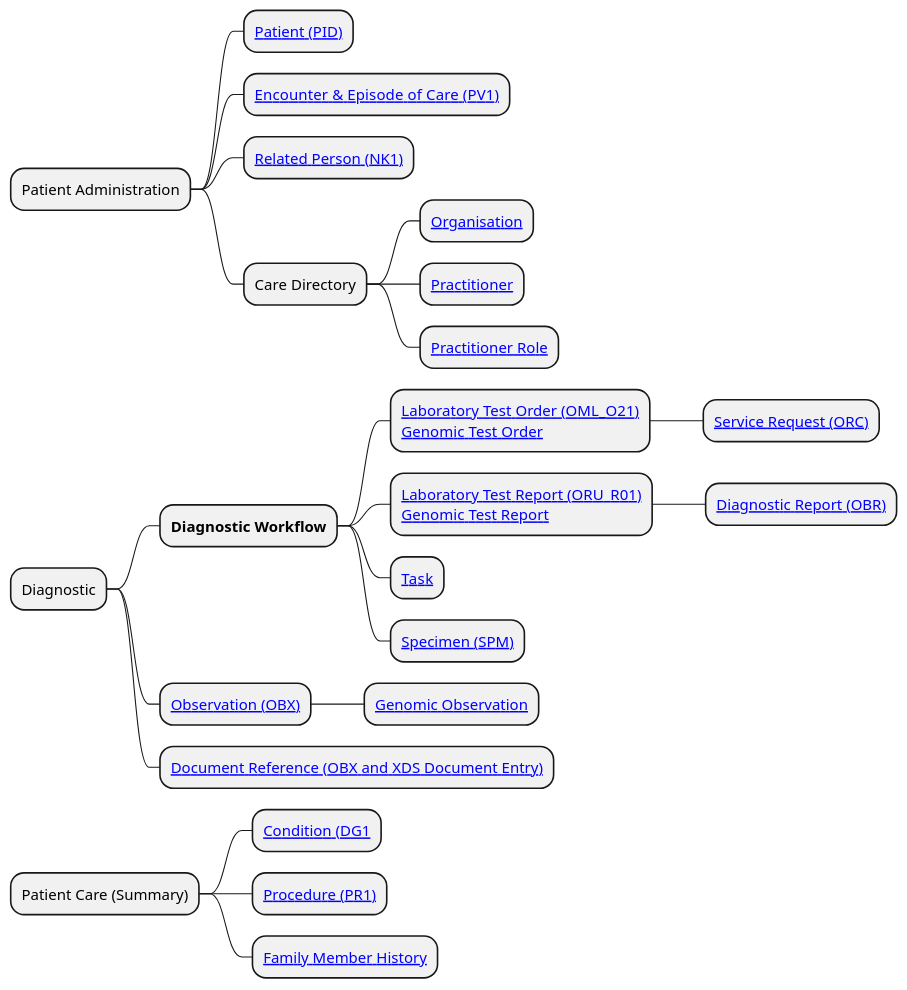
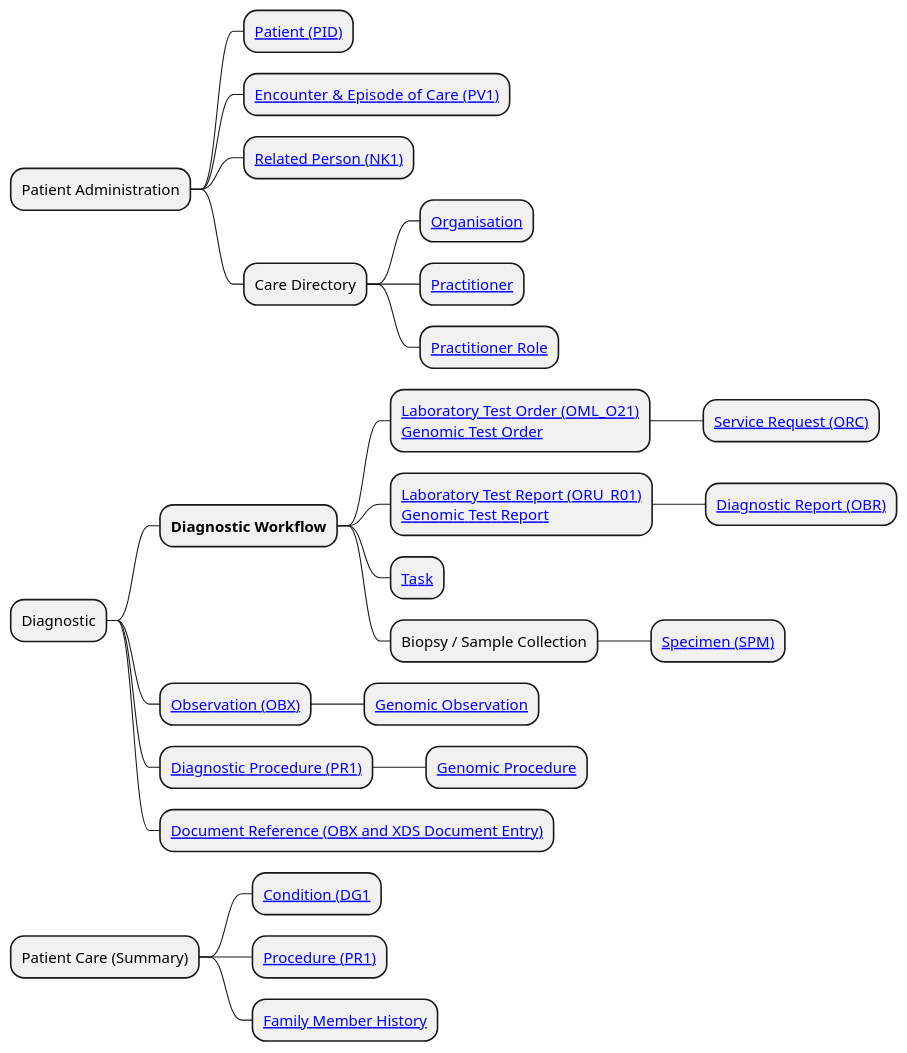
Before and after one commit to uk-gov-mirror/nw-gmsa.nw-gmsa.github.com: the diagram in input/images-source/Diagnostic-Workflow-mindmap.plantuml, drawn with PlantUML. The commit also changed 3 other files, not shown here.

```diff
--- a/input/images-source/Diagnostic-Workflow-mindmap.plantuml
+++ b/input/images-source/Diagnostic-Workflow-mindmap.plantuml
@@ -1,27 +1,30 @@
 @startmindmap
 
 * Patient Administration
 ** [[StructureDefinition-Patient.html Patient (PID)]]
 ** [[StructureDefinition-Encounter.html Encounter & Episode of Care  (PV1)]]
 ** [[StructureDefinition-RelatedPerson.html Related Person (NK1)]]
 ** Care Directory
 *** [[StructureDefinition-Organization.html Organisation]]
 *** [[StructureDefinition-Practitioner.html Practitioner]]
 *** [[StructureDefinition-PractitionerRole.html Practitioner Role]]
 * Diagnostic
 **  <b>Diagnostic Workflow</b>
 *** [[Questionnaire-GenomicTestOrder.html Laboratory Test Order (OML_O21)\nGenomic Test Order]]
 **** [[StructureDefinition-ServiceRequest.html Service Request (ORC)]]
 *** [[Questionnaire-GenomicTestReport.html Laboratory Test Report (ORU_R01)\nGenomic Test Report]]
 **** [[StructureDefinition-DiagnosticReport.html Diagnostic Report (OBR)]]
 *** [[StructureDefinition-Task.html Task]]
-*** [[StructureDefinition-Specimen Specimen (SPM)]]
+*** Biopsy / Sample Collection
+**** [[StructureDefinition-Specimen Specimen (SPM)]]
 ** [[StructureDefinition-Observation.html Observation (OBX)]]
 *** [[#genomic-observation Genomic Observation]]
-** [[StructureDefinition-DocumentReferencet.html Document Reference (OBX and XDS Document Entry)]]
+** [[StructureDefinition-Procedure.html Diagnostic Procedure (PR1)]]
+*** [[#genomic-procedure Genomic Procedure]]
+** [[StructureDefinition-DocumentReference.html Document Reference (OBX and XDS Document Entry)]]
 * Patient Care (Summary)
 ** [[StructureDefinition-Encounter.html Condition (DG1]]
 ** [[StructureDefinition-Procedure.html Procedure (PR1)]]
 ** [[StructureDefinition-FamilyMemberHistory.html Family Member History]]
 
 @endmindmap
```
